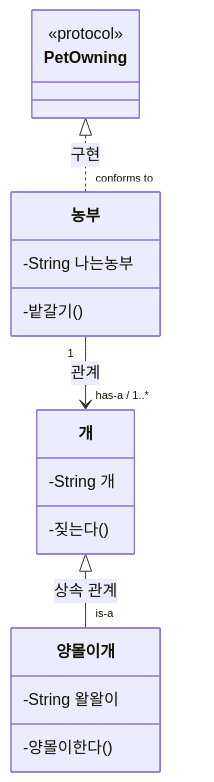
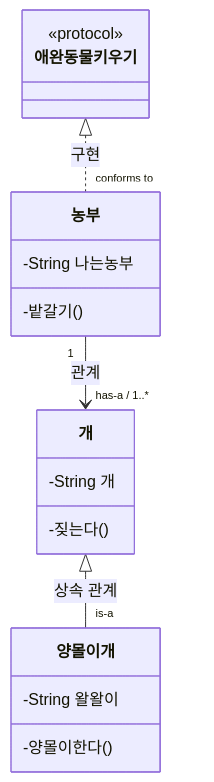
The diagram in 1.Hello, Design Patterns!/HowtoReadAclassDiagram.md (butter-free/Design-Pattern), drawn with Mermaid before and after one commit. The commit also changed other lines of this file and 4 other files, not shown here.

````diff
--- a/1.Hello, Design Patterns!/HowtoReadAclassDiagram.md
+++ b/1.Hello, Design Patterns!/HowtoReadAclassDiagram.md
@@ -12,22 +12,22 @@
 ```mermaid
 classDiagram
     개 <|-- "is-a" 양몰이개 : 상속 관계
     농부 "1" --> "has-a / 1..*" 개 : 관계
-    PetOwning <|.. "conforms to" 농부 : 구현 
-    class PetOwning
-    <<protocol>> PetOwning
+    애완동물키우기 <|.. "conforms to" 농부 : 구현 
+    class 애완동물키우기
+    <<protocol>> 애완동물키우기
 
     class 개 {
         -String 개
         -짖는다()
     }
     class 양몰이개 {
         -String 왈왈이
         -양몰이한다()
     }
 
     class 농부 {
         -String 나는농부
         -밭갈기()
     }
 ```
````
